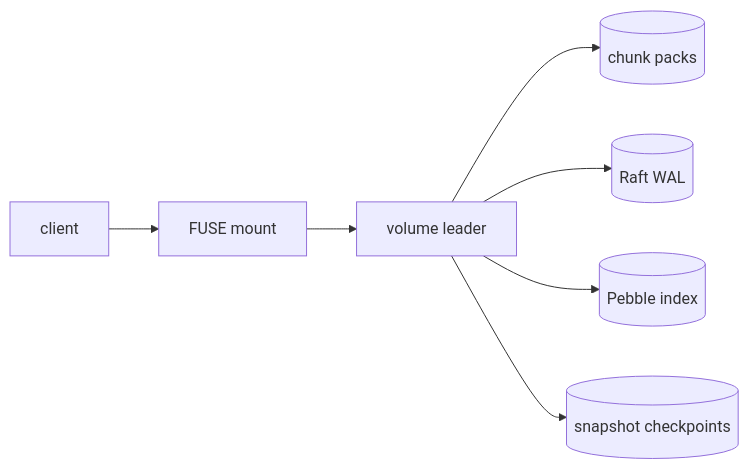
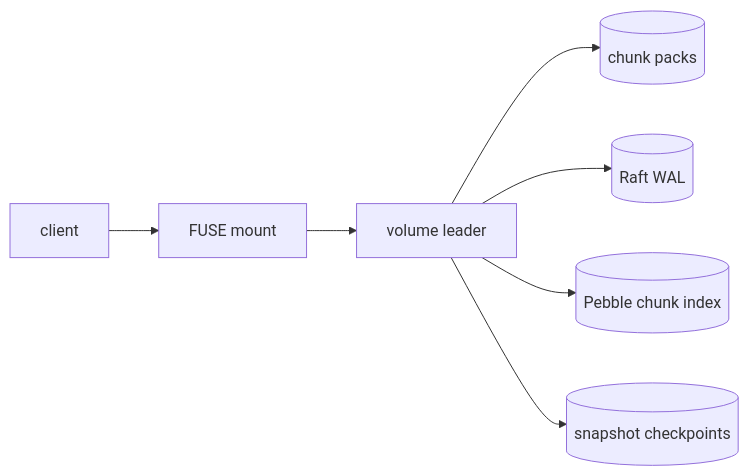
One commit to mohamedhabas11/syncfs changed the diagram in docs/architecture/storage.md. Above: the diagram before and after it, drawn with Mermaid. The commit also changed other lines of this file and 27 other files, not shown here.

````diff
--- a/docs/architecture/storage.md
+++ b/docs/architecture/storage.md
@@ -7,9 +8,9 @@
 ```mermaid
 flowchart LR
     App[client] --> Fuse[FUSE mount]
     Fuse --> Leader[volume leader]
     Leader --> Chunks[(chunk packs)]
     Leader --> WAL[(Raft WAL)]
-    Leader --> Pebble[(Pebble index)]
+    Leader --> Pebble[(Pebble chunk index)]
     Leader --> Snap[(snapshot checkpoints)]
 ```
````
